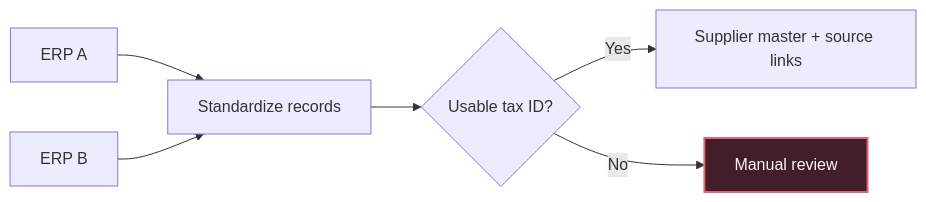
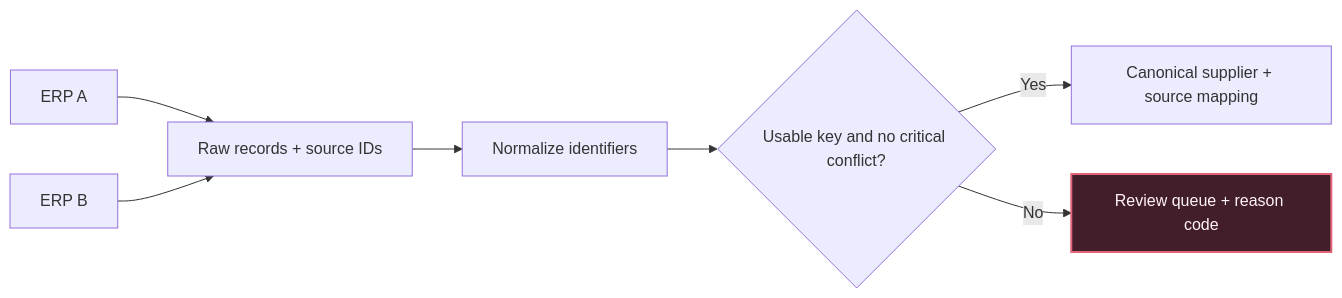
Before and after one commit to VivianLaFarina/VivianLaFarina: the diagram in README.md, drawn with Mermaid. The commit also changed other lines of this file, not shown here.

````diff
--- a/README.md
+++ b/README.md
@@ -25,10 +28,11 @@
 ```mermaid
 flowchart LR
-    A["ERP A"] --> C["Standardize records"]
-    B["ERP B"] --> C
-    C --> D{"Usable tax ID?"}
-    D -->|Yes| M["Supplier master + source links"]
-    D -->|No| R["Manual review"]
+    A["ERP A"] --> L["Raw records + source IDs"]
+    B["ERP B"] --> L
+    L --> N["Normalize identifiers"]
+    N --> K{"Usable key and no critical conflict?"}
+    K -->|Yes| M["Canonical supplier + source mapping"]
+    K -->|No| R["Review queue + reason code"]
     classDef review fill:#421D2A,stroke:#E16379,color:#FFF4F6,stroke-width:2px
     class R review
 ```
````
